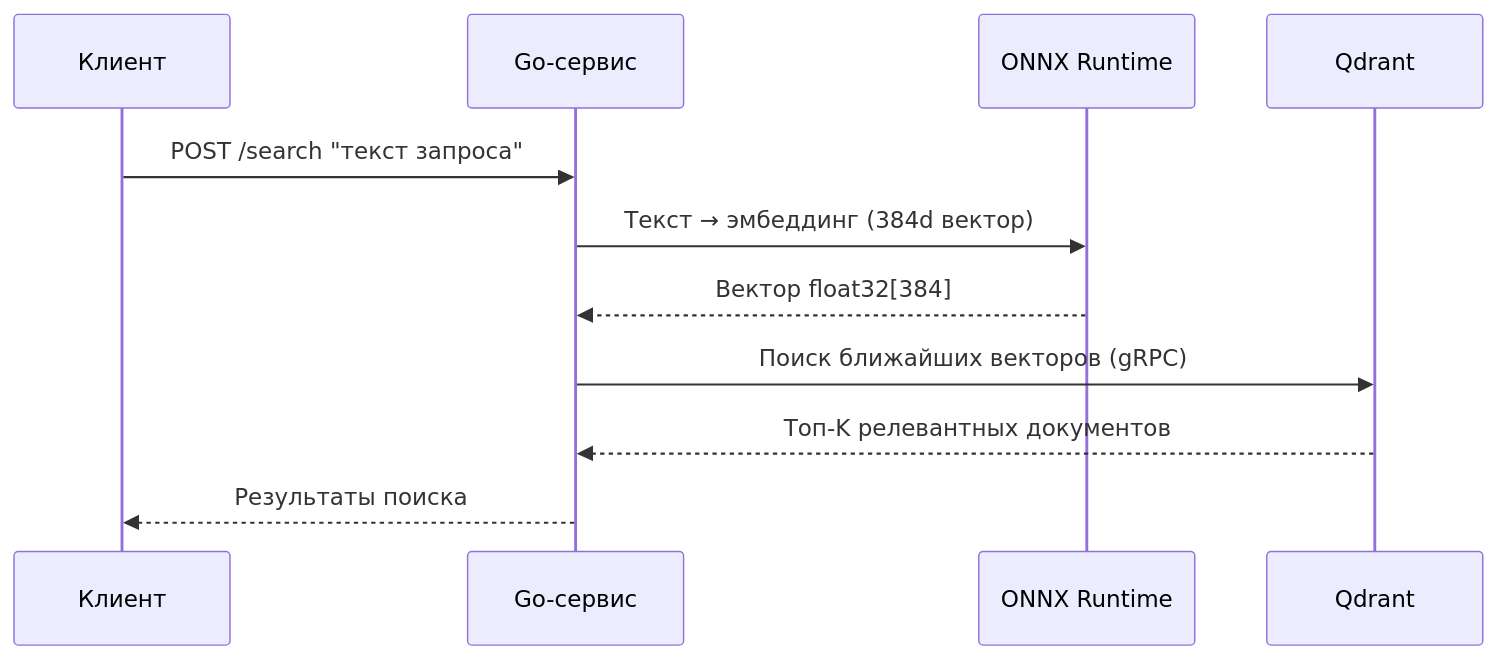
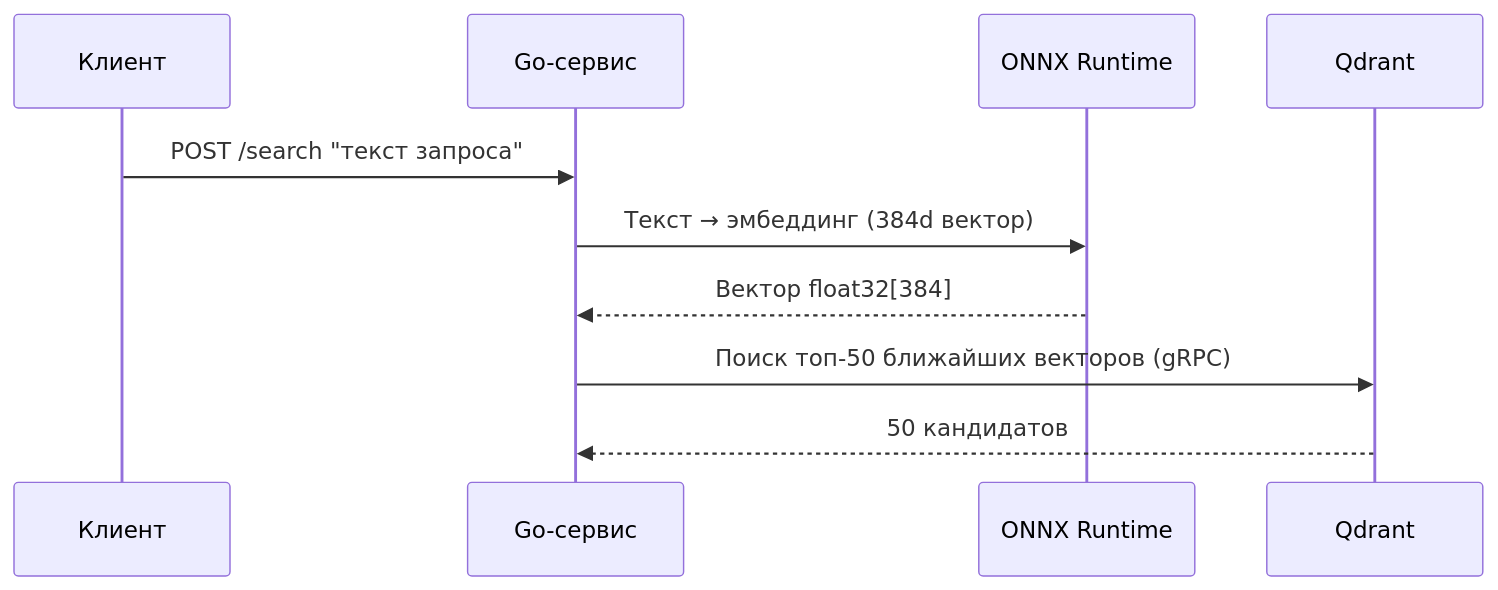
The first of 2 diagrams in doc/search_engine.md (Code0871/metrolog), drawn with Mermaid before and after one commit. The commit also changed other lines of this file and 2 other files, not shown here.

````diff
--- a/doc/search_engine.md
+++ b/doc/search_engine.md
@@ -48,14 +66,13 @@
 ```mermaid
 sequenceDiagram
     participant Client as Клиент
     participant Go as Go-сервис
     participant ONNX as ONNX Runtime
     participant Qdrant as Qdrant
 
     Client->>Go: POST /search "текст запроса"
     Go->>ONNX: Текст → эмбеддинг (384d вектор)
     ONNX-->>Go: Вектор float32[384]
-    Go->>Qdrant: Поиск ближайших векторов (gRPC)
-    Qdrant-->>Go: Топ-K релевантных документов
-    Go-->>Client: Результаты поиска
+    Go->>Qdrant: Поиск топ-50 ближайших векторов (gRPC)
+    Qdrant-->>Go: 50 кандидатов
 ```
````
